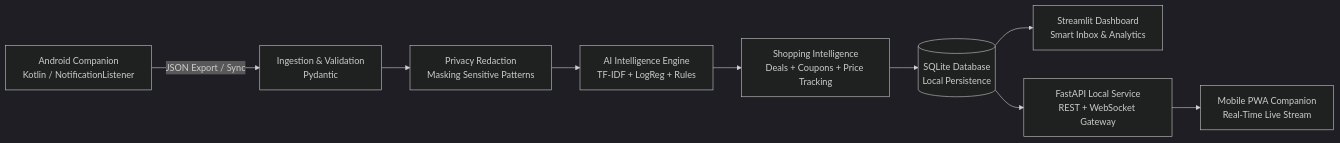
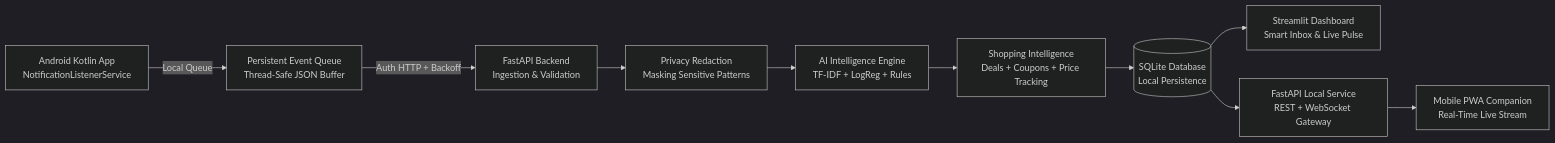
Before and after one commit to Amay100506/Notax: the diagram in README.md, drawn with Mermaid (dark theme). The commit also changed other lines of this file and 16 other files, not shown here.

Commit message:
feat: implement real-time notification forwarding with Android queue and authenticated ingestion

````diff
--- a/README.md
+++ b/README.md
@@ -57,11 +57,12 @@
 ```mermaid
 flowchart LR
-    A[Android Companion<br/>Kotlin / NotificationListener] -->|JSON Export / Sync| B[Ingestion & Validation<br/>Pydantic]
+    A[Android Kotlin App<br/>NotificationListenerService] -->|Local Queue| Q[Persistent Event Queue<br/>Thread-Safe JSON Buffer]
+    Q -->|Auth HTTP + Backoff| B[FastAPI Backend<br/>Ingestion & Validation]
     B --> C[Privacy Redaction<br/>Masking Sensitive Patterns]
     C --> D[AI Intelligence Engine<br/>TF-IDF + LogReg + Rules]
     D --> E[Shopping Intelligence<br/>Deals + Coupons + Price Tracking]
     E --> F[(SQLite Database<br/>Local Persistence)]
-    F --> G[Streamlit Dashboard<br/>Smart Inbox & Analytics]
+    F --> G[Streamlit Dashboard<br/>Smart Inbox & Live Pulse]
     F --> H[FastAPI Local Service<br/>REST + WebSocket Gateway]
     H --> I[Mobile PWA Companion<br/>Real-Time Live Stream]
 ```
````
